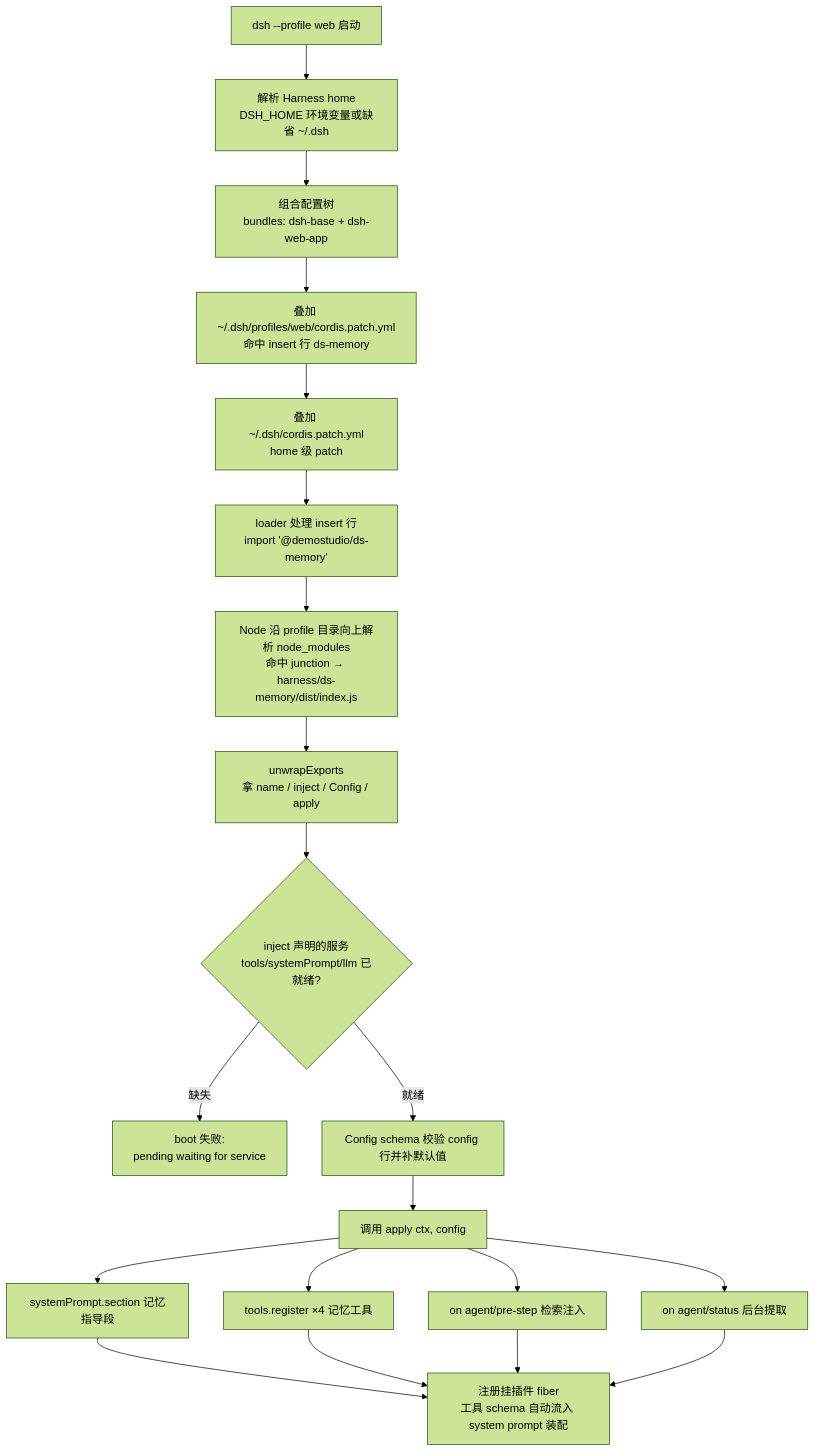
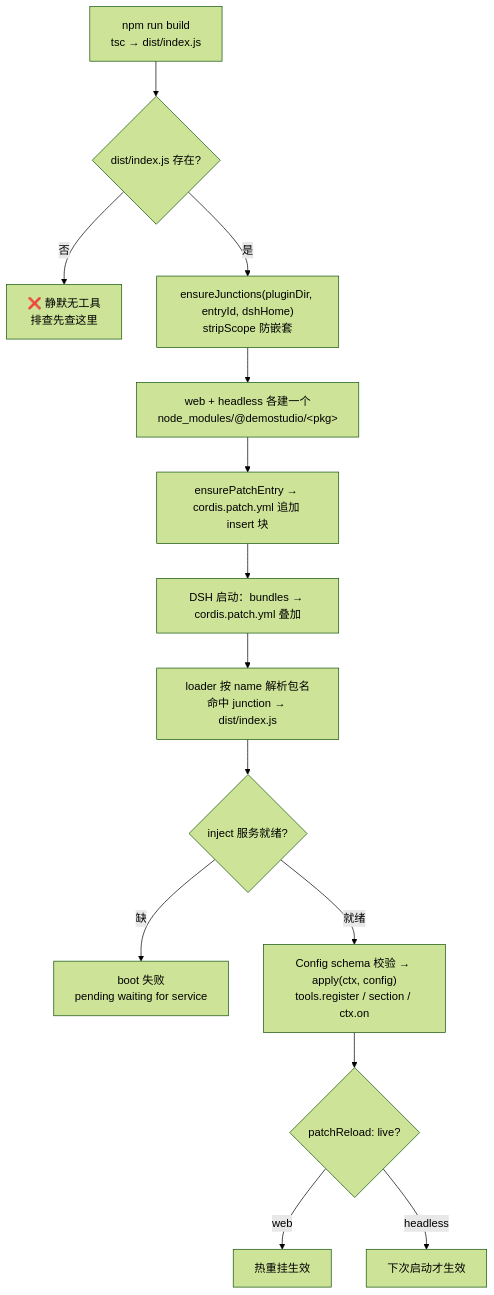
One commit to Kaplc/DemoStudio changed the diagram in doc/harness/dsh_plugin_install.md. Above: the diagram before and after it, drawn with Mermaid (forest theme). The commit also changed other lines of this file and 38 other files, not shown here.

````diff
--- a/doc/harness/dsh_plugin_install.md
+++ b/doc/harness/dsh_plugin_install.md
@@ -135,19 +91,16 @@
 ```mermaid
 flowchart TD
-    A[dsh --profile web 启动] --> B[解析 Harness home<br/>DSH_HOME 环境变量或缺省 ~/.dsh]
-    B --> C[组合配置树<br/>bundles: dsh-base + dsh-web-app]
-    C --> D[叠加 ~/.dsh/profiles/web/cordis.patch.yml<br/>命中 insert 行 ds-memory]
-    D --> E[叠加 ~/.dsh/cordis.patch.yml<br/>home 级 patch]
-    E --> F[loader 处理 insert 行<br/>import '@demostudio/ds-memory']
-    F --> G[Node 沿 profile 目录向上解析 node_modules<br/>命中 junction → harness/ds-memory/dist/index.js]
-    G --> H[unwrapExports<br/>拿 name / inject / Config / apply]
-    H --> I{inject 声明的服务<br/>tools/systemPrompt/llm 已就绪?}
-    I -->|缺失| X1[boot 失败:<br/>pending waiting for service]
-    I -->|就绪| J[Config schema 校验 config 行并补默认值]
-    J --> K[调用 apply ctx, config]
-    K --> K1[systemPrompt.section 记忆指导段]
-    K --> K2[tools.register ×4 记忆工具]
-    K --> K3[on agent/pre-step 检索注入]
-    K --> K4[on agent/status 后台提取]
-    K1 & K2 & K3 & K4 --> L[注册挂插件 fiber<br/>工具 schema 自动流入 system prompt 装配]
+    A["npm run build<br/>tsc → dist/index.js"] --> B{"dist/index.js 存在?"}
+    B -->|否| BX["❌ 静默无工具<br/>排查先查这里"]
+    B -->|是| C["ensureJunctions(pluginDir, entryId, dshHome)<br/>stripScope 防嵌套"]
+    C --> C2["web + headless 各建一个<br/>node_modules/@demostudio/&lt;pkg&gt;"]
+    C2 --> D["ensurePatchEntry → cordis.patch.yml 追加 insert 块"]
+    D --> F["DSH 启动：bundles → cordis.patch.yml 叠加"]
+    F --> G["loader 按 name 解析包名<br/>命中 junction → dist/index.js"]
+    G --> H{"inject 服务就绪?"}
+    H -->|缺| IX["boot 失败<br/>pending waiting for service"]
+    H -->|就绪| K["Config schema 校验 → apply(ctx, config)<br/>tools.register / section / ctx.on"]
+    K --> L{"patchReload: live?"}
+    L -->|web| M["热重挂生效"]
+    L -->|headless| N["下次启动才生效"]
 ```
````
